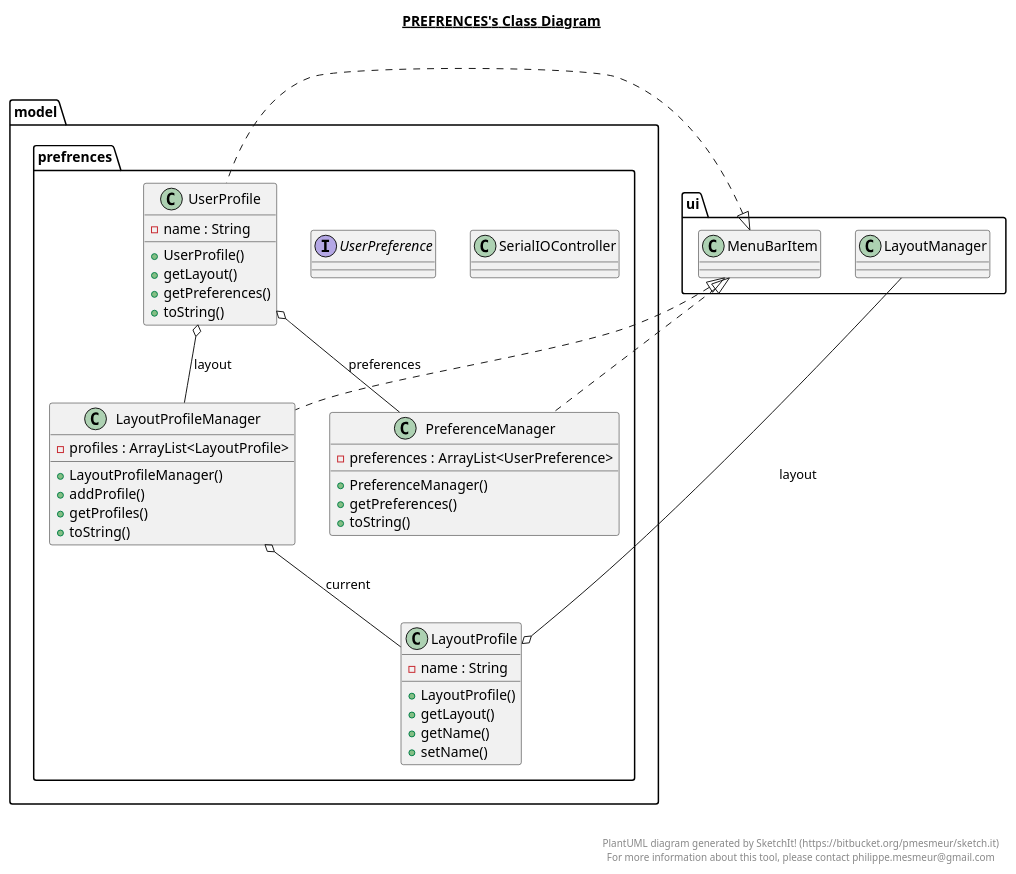
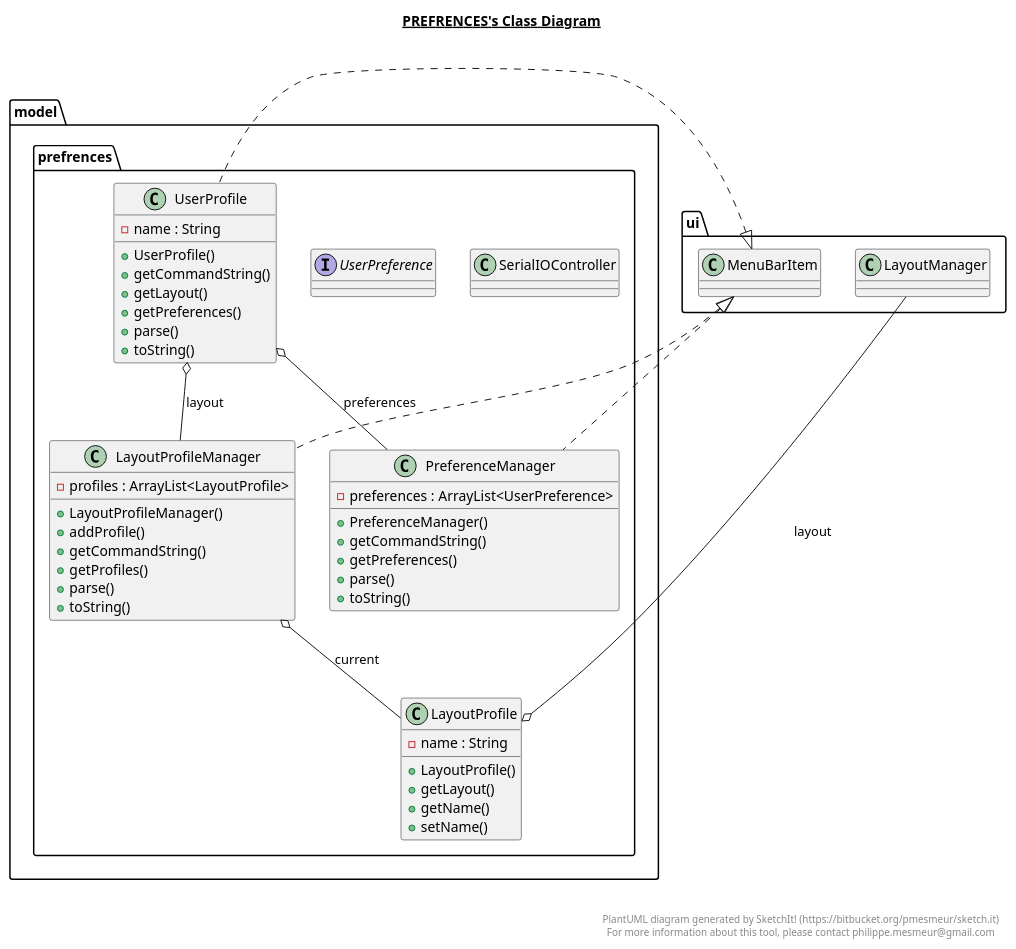
The diagram in src/main/model/prefrences/prefrences.plantuml (Bryce-MW/WikidataExplorer), drawn with PlantUML before and after one commit. The commit also changed 6 other files, not shown here.

Commit message:
Updated UML diagrams. There are a lot of circular dependencies!

```diff
--- a/src/main/model/prefrences/prefrences.plantuml
+++ b/src/main/model/prefrences/prefrences.plantuml
@@ -1,76 +1,82 @@
 @startuml
 
 title __PREFRENCES's Class Diagram__\n
 
   namespace model.prefrences {
     class model.prefrences.LayoutProfile {
         - name : String
         + LayoutProfile()
         + getLayout()
         + getName()
         + setName()
     }
   }
   
 
   namespace model.prefrences {
     class model.prefrences.LayoutProfileManager {
         - profiles : ArrayList<LayoutProfile>
         + LayoutProfileManager()
         + addProfile()
+        + getCommandString()
         + getProfiles()
+        + parse()
         + toString()
     }
   }
   
 
   namespace model.prefrences {
     class model.prefrences.PreferenceManager {
         - preferences : ArrayList<UserPreference>
         + PreferenceManager()
+        + getCommandString()
         + getPreferences()
+        + parse()
         + toString()
     }
   }
   
 
   namespace model.prefrences {
     class model.prefrences.SerialIOController {
     }
   }
   
 
   namespace model.prefrences {
     interface model.prefrences.UserPreference {
     }
   }
   
 
   namespace model.prefrences {
     class model.prefrences.UserProfile {
         - name : String
         + UserProfile()
+        + getCommandString()
         + getLayout()
         + getPreferences()
+        + parse()
         + toString()
     }
   }
   
 
   model.prefrences.LayoutProfile o-- ui.LayoutManager : layout
   model.prefrences.LayoutProfileManager .up.|> ui.MenuBarItem
   model.prefrences.LayoutProfileManager o-- model.prefrences.LayoutProfile : current
   model.prefrences.PreferenceManager .up.|> ui.MenuBarItem
   model.prefrences.UserProfile .up.|> ui.MenuBarItem
   model.prefrences.UserProfile o-- model.prefrences.LayoutProfileManager : layout
   model.prefrences.UserProfile o-- model.prefrences.PreferenceManager : preferences
 
 
 right footer
 
 
 PlantUML diagram generated by SketchIt! (https://bitbucket.org/pmesmeur/sketch.it)
 For more information about this tool, please contact philippe.mesmeur@gmail.com
 endfooter
 
 @enduml
```
